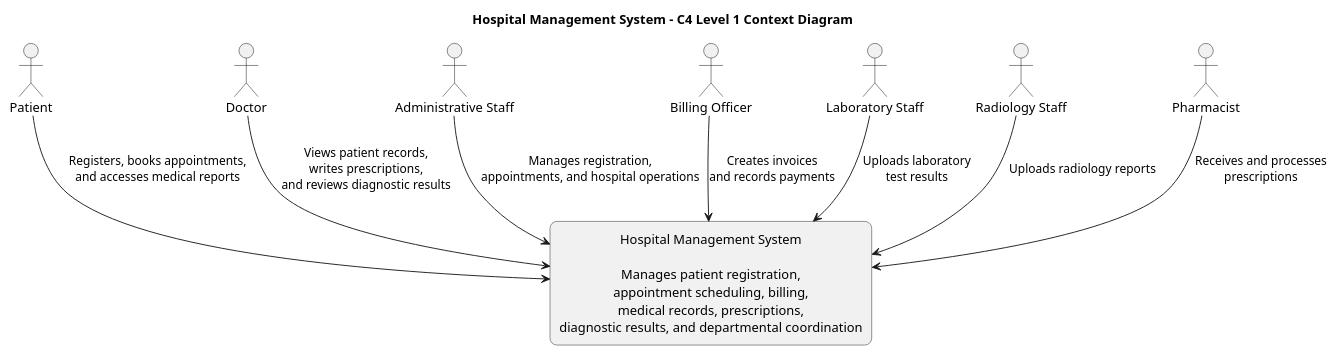
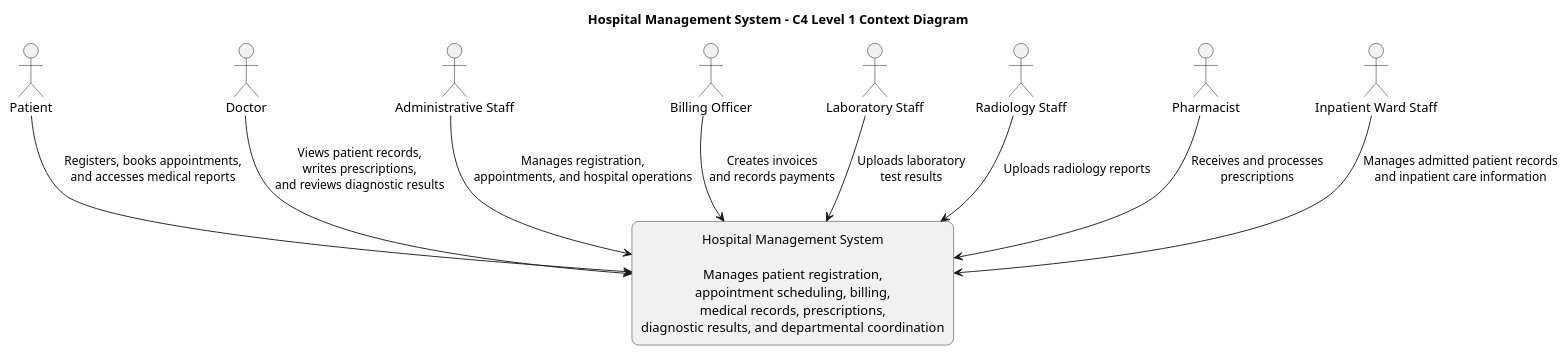
The diagram in uml/Context_diagram.puml (hamztion/Software_Project_Group8), drawn with PlantUML before and after one commit. The commit also changed 1 other file, not shown here.

Commit message:
Update context diagram with inpatient ward actor

```diff
--- a/uml/Context_diagram.puml
+++ b/uml/Context_diagram.puml
@@ -1,32 +1,34 @@
 @startuml
 title Hospital Management System - C4 Level 1 Context Diagram
 
 skinparam backgroundColor white
 skinparam shadowing false
 skinparam defaultTextAlignment center
 skinparam rectangle {
   RoundCorner 15
 }
 skinparam actor {
   BorderColor black
 }
 
 actor "Patient" as patient
 actor "Doctor" as doctor
 actor "Administrative Staff" as admin
 actor "Billing Officer" as billing
 actor "Laboratory Staff" as lab
 actor "Radiology Staff" as radiology
 actor "Pharmacist" as pharmacy
+actor "Inpatient Ward Staff" as ward
 
 rectangle "Hospital Management System\n\nManages patient registration,\nappointment scheduling, billing,\nmedical records, prescriptions,\ndiagnostic results, and departmental coordination" as hms
 
 patient --> hms : Registers, books appointments,\nand accesses medical reports
 doctor --> hms : Views patient records,\nwrites prescriptions,\nand reviews diagnostic results
 admin --> hms : Manages registration,\nappointments, and hospital operations
 billing --> hms : Creates invoices\nand records payments
 lab --> hms : Uploads laboratory\ntest results
 radiology --> hms : Uploads radiology reports
 pharmacy --> hms : Receives and processes\nprescriptions
+ward --> hms : Manages admitted patient records\nand inpatient care information
 
 @enduml
```
